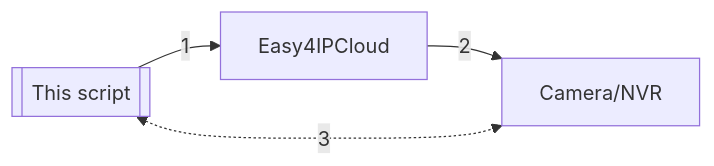
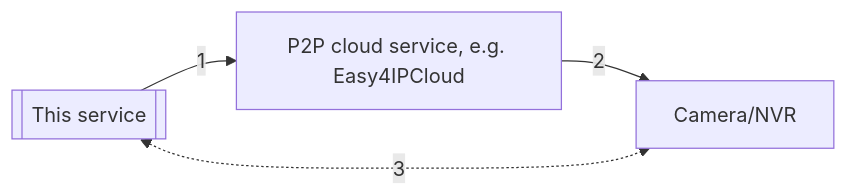
The second of 4 diagrams in README.md (aofpichetchai96/dh-p2p), drawn with Mermaid before and after one commit. The commit also changed other lines of this file and 12 other files, not shown here.

````diff
--- a/README.md
+++ b/README.md
@@ -103,9 +275,9 @@
 ```mermaid
 graph LR
-  App[[This script]]
-  Service[Easy4IPCloud]
+  App[[This service]]
+  Service[P2P cloud service, e.g. Easy4IPCloud]
   Device[Camera/NVR]
   App -- 1 --> Service
   Service -- 2 --> Device
   App <-. 3 .-> Device
 ```
````
